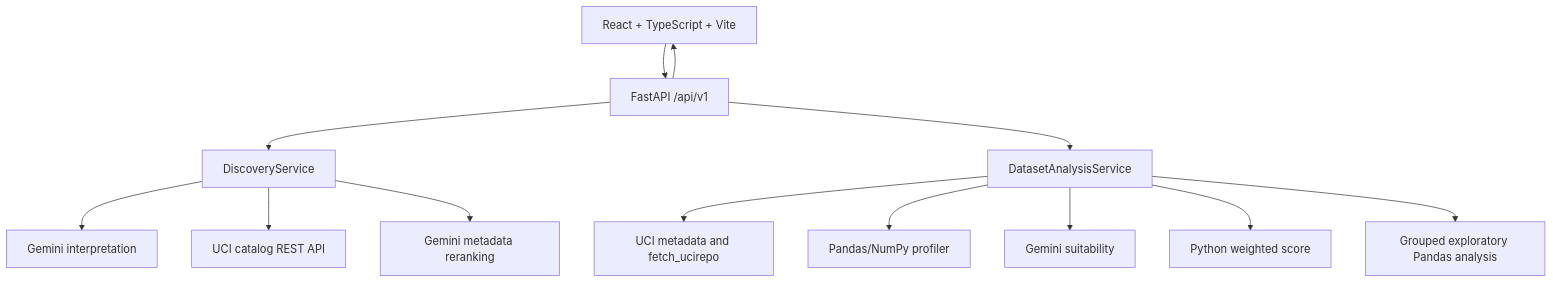
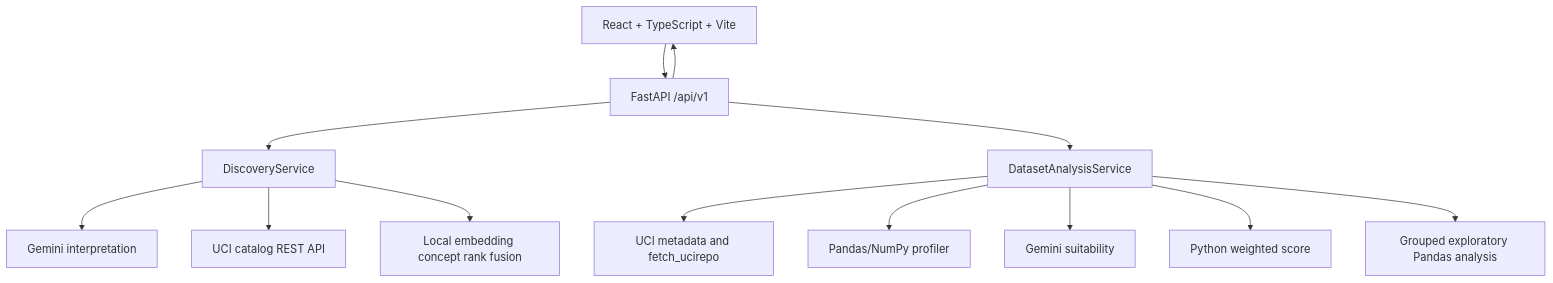
The diagram in docs/ARCHITECTURE.md (anhducnguyen2006/hackpsu-project), drawn with Mermaid before and after one commit. The commit also changed other lines of this file and 14 other files, not shown here.

````diff
--- a/docs/ARCHITECTURE.md
+++ b/docs/ARCHITECTURE.md
@@ -9,15 +9,15 @@
 ```mermaid
 flowchart TD
   UI[React + TypeScript + Vite] --> API[FastAPI /api/v1]
   API --> DISC[DiscoveryService]
   DISC --> INT[Gemini interpretation]
   DISC --> CAT[UCI catalog REST API]
-  DISC --> RANK[Gemini metadata reranking]
+  DISC --> RANK[Local embedding concept rank fusion]
   API --> ANALYSIS[DatasetAnalysisService]
   ANALYSIS --> UCI[UCI metadata and fetch_ucirepo]
   ANALYSIS --> PROFILE[Pandas/NumPy profiler]
   ANALYSIS --> ASSESS[Gemini suitability]
   ANALYSIS --> SCORE[Python weighted score]
   ANALYSIS --> EXP[Grouped exploratory Pandas analysis]
   API --> UI
 ```
````
